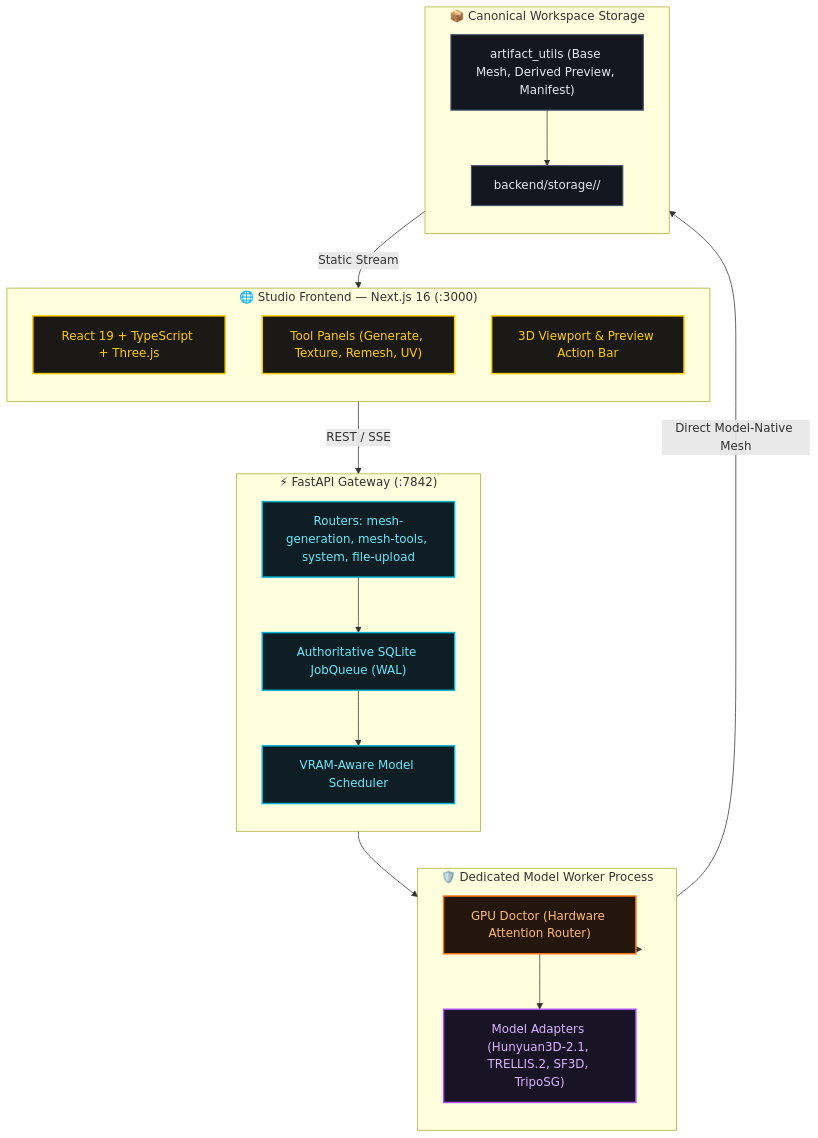
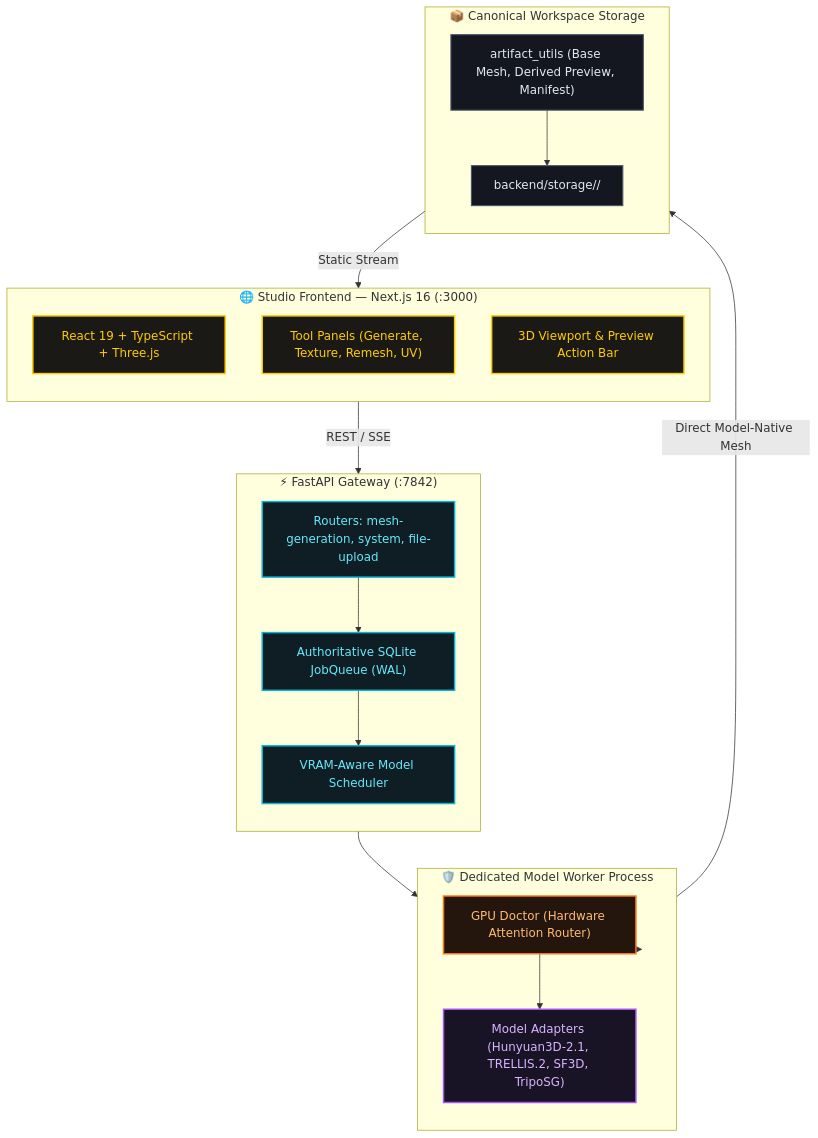
Before and after one commit to Silentzx2/ForMesh3D: the first of 2 diagrams in Docs/SYSTEM-BLUEPRINT.md, drawn with Mermaid. The commit also changed 7 other files, not shown here.

Commit message:
docs: remove all mesh-tools endpoint references from documentation

````diff
--- a/Docs/SYSTEM-BLUEPRINT.md
+++ b/Docs/SYSTEM-BLUEPRINT.md
@@ -26,44 +26,44 @@
 ```mermaid
 graph TD
     classDef gold fill:#1a1915,stroke:#ffcc00,stroke-width:2px,color:#ffcc00;
     classDef cyan fill:#0f1d24,stroke:#06b6d4,stroke-width:2px,color:#67e8f9;
     classDef purple fill:#191326,stroke:#a855f7,stroke-width:2px,color:#d8b4fe;
     classDef slate fill:#14171f,stroke:#475569,stroke-width:1.5px,color:#e2e8f0;
     classDef orange fill:#24160c,stroke:#f97316,stroke-width:2px,color:#fdba74;
 
     subgraph Client["🌐 Studio Frontend — Next.js 16 (:3000)"]
         direction TB
         UI["React 19 + TypeScript + Three.js"]:::gold
         PANELS["Tool Panels (Generate, Texture, Remesh, UV)"]:::gold
         VIEWPORT["3D Viewport & Preview Action Bar"]:::gold
     end
 
     subgraph Gateway["⚡ FastAPI Gateway (:7842)"]
         direction TB
-        ROUTER["Routers: mesh-generation, mesh-tools, system, file-upload"]:::cyan
+        ROUTER["Routers: mesh-generation, system, file-upload"]:::cyan
         QUEUE["Authoritative SQLite JobQueue (WAL)"]:::cyan
         SCHED["VRAM-Aware Model Scheduler"]:::cyan
     end
 
     subgraph Worker["🛡️ Dedicated Model Worker Process"]
         direction TB
         DOCTOR["GPU Doctor (Hardware Attention Router)"]:::orange
         ADAPTERS["Model Adapters (Hunyuan3D-2.1, TRELLIS.2, SF3D, TripoSG)"]:::purple
     end
 
     subgraph Storage["📦 Canonical Workspace Storage"]
         direction TB
         WORKSPACE["backend/storage/<workspace_id>/"]:::slate
         ARTIFACTS["artifact_utils (Base Mesh, Derived Preview, Manifest)"]:::slate
     end
 
     Client -- "REST / SSE" --> ROUTER
     ROUTER --> QUEUE
     QUEUE --> SCHED
     SCHED --> Worker
     Worker --> DOCTOR
     DOCTOR --> ADAPTERS
     ADAPTERS -->|Direct Model-Native Mesh| ARTIFACTS
     ARTIFACTS --> WORKSPACE
     WORKSPACE -- "Static Stream" --> Client
 ```
````
